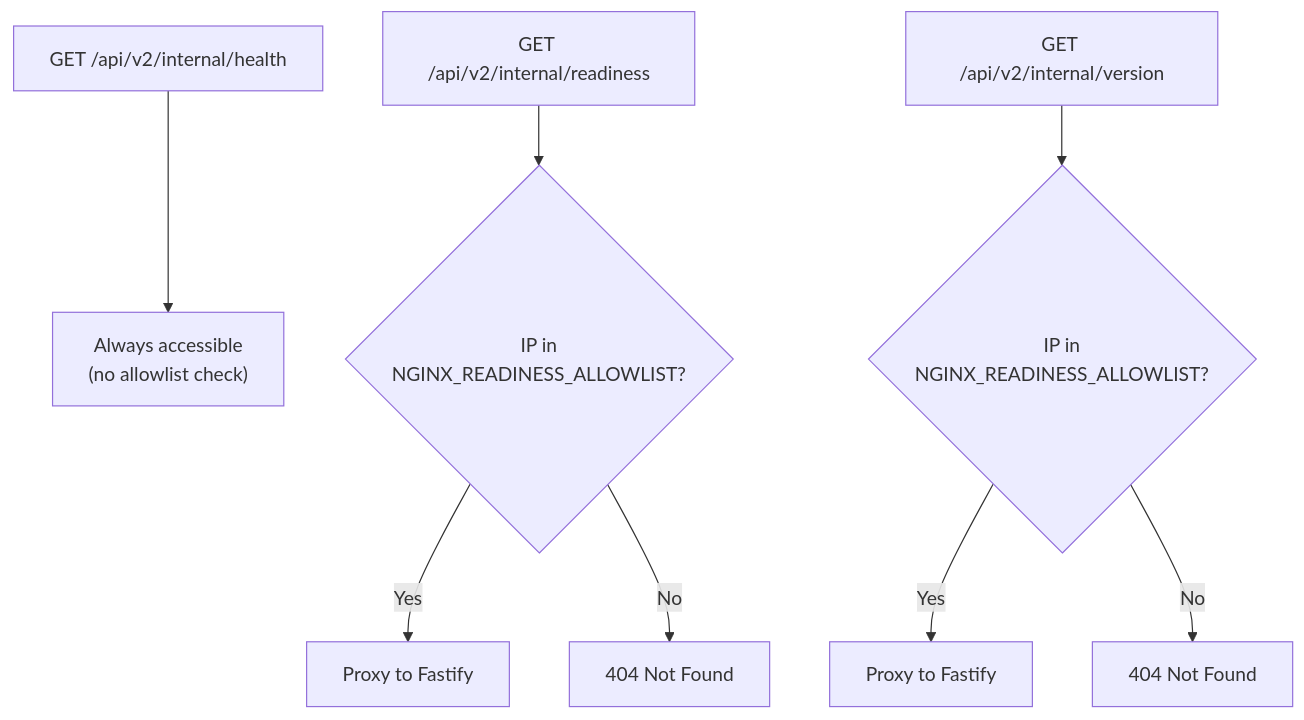
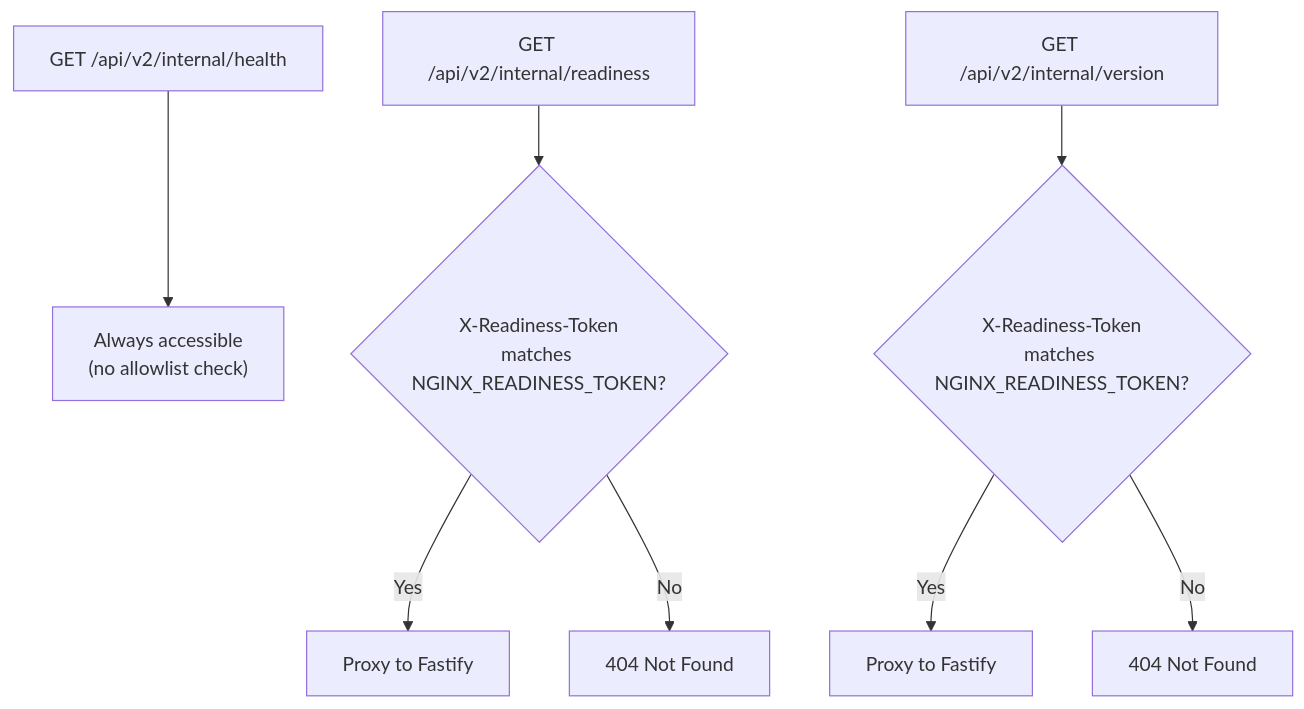
One commit to thec1rclehost123-cmd/C1RCLE-BACKEND changed the fifth of 5 diagrams in docs/nginx/url-hiding-rerouting.md. Above: the diagram before and after it, drawn with Mermaid. The commit also changed 24 other files, not shown here.

````diff
--- a/docs/nginx/url-hiding-rerouting.md
+++ b/docs/nginx/url-hiding-rerouting.md
@@ -129,10 +129,10 @@
 ```mermaid
 flowchart TD
   HealthReq["GET /api/v2/internal/health"] --> HealthCheck["Always accessible<br/>(no allowlist check)"]
-  ReadinessReq["GET /api/v2/internal/readiness"] --> ReadinessCheck{"IP in<br/>NGINX_READINESS_ALLOWLIST?"}
+  ReadinessReq["GET /api/v2/internal/readiness"] --> ReadinessCheck{"X-Readiness-Token<br/>matches NGINX_READINESS_TOKEN?"}
   ReadinessCheck -->|Yes| ReadinessOK["Proxy to Fastify"]
   ReadinessCheck -->|No| Readiness404["404 Not Found"]
-  VersionReq["GET /api/v2/internal/version"] --> VersionCheck{"IP in<br/>NGINX_READINESS_ALLOWLIST?"}
+  VersionReq["GET /api/v2/internal/version"] --> VersionCheck{"X-Readiness-Token<br/>matches NGINX_READINESS_TOKEN?"}
   VersionCheck -->|Yes| VersionOK["Proxy to Fastify"]
   VersionCheck -->|No| Version404["404 Not Found"]
 ```
````
